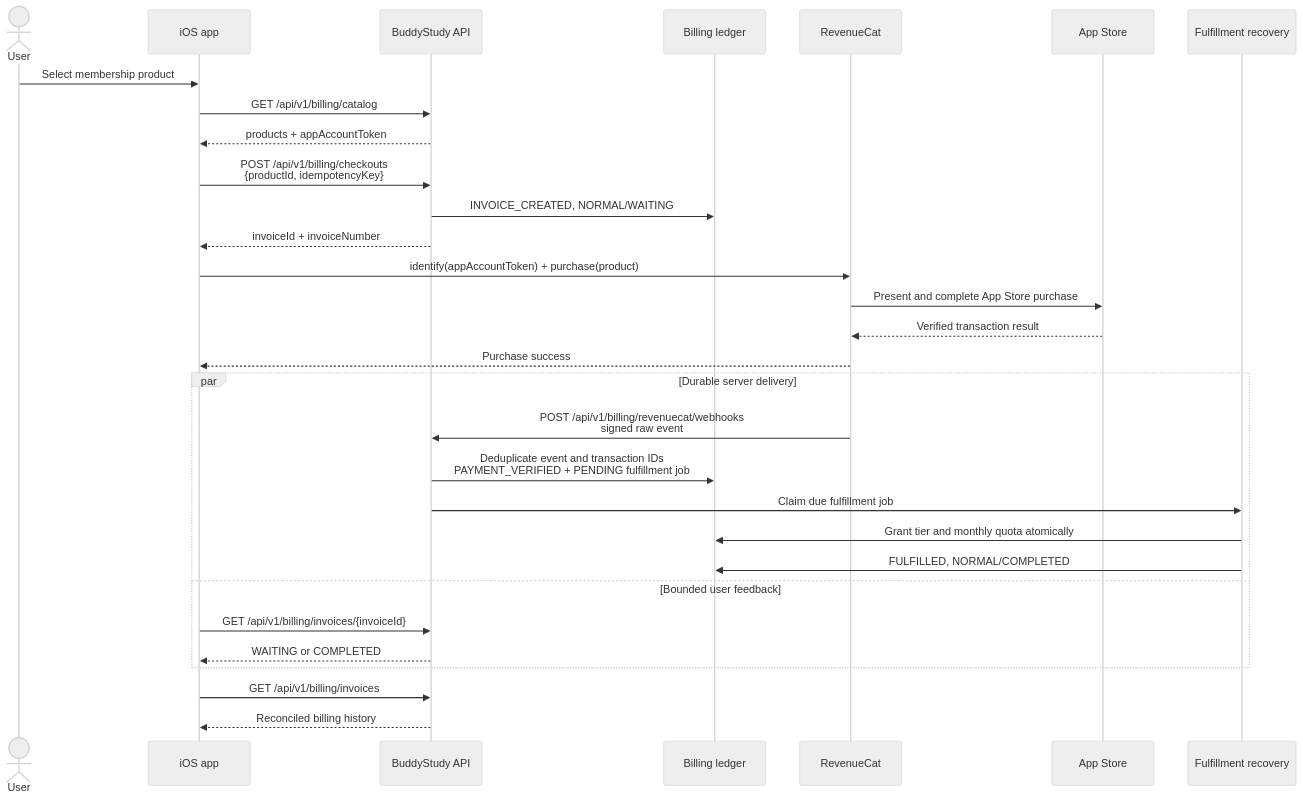
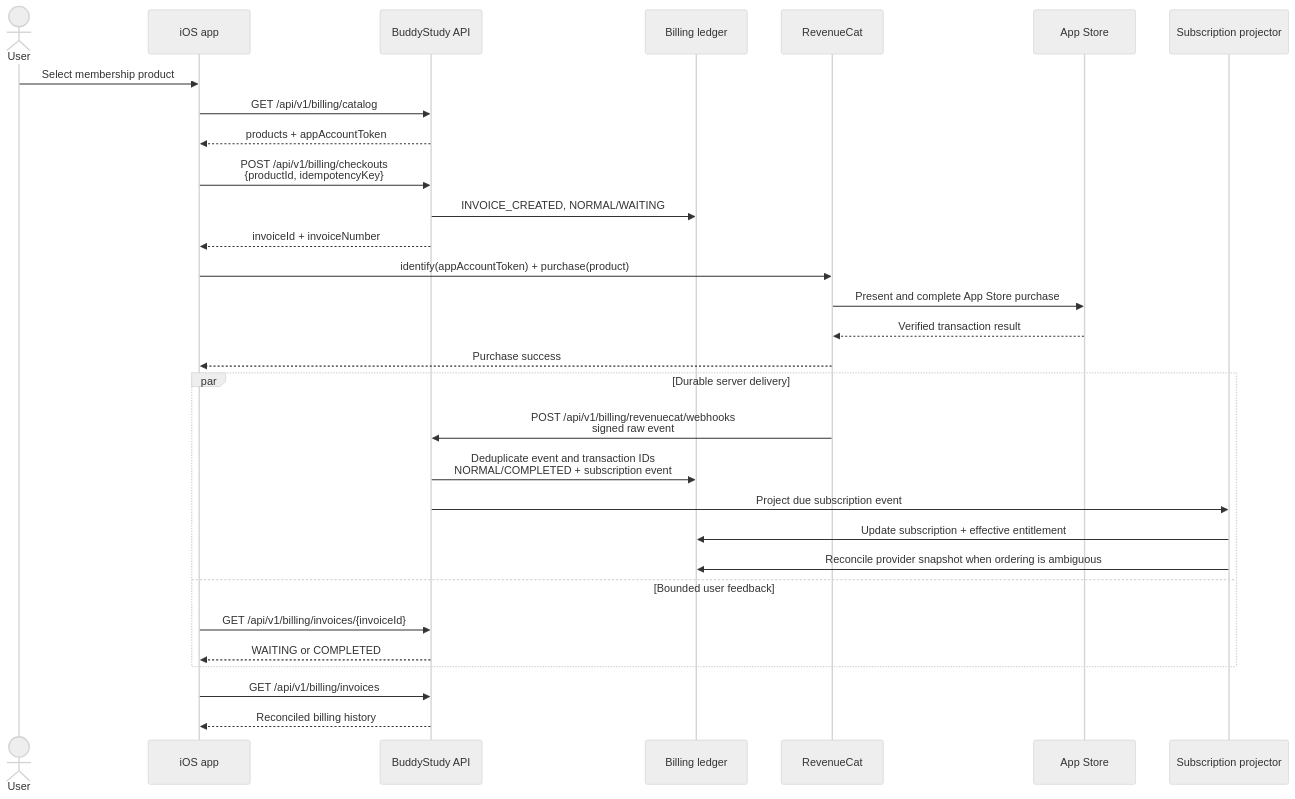
The diagram in docs/BILLING.md (ghkdqhrbals/buddy-studdy), drawn with Mermaid (neutral theme) before and after one commit. The commit also changed other lines of this file and 64 other files, not shown here.

Commit message:
feat: redesign subscription entitlement and quota lifecycle

````diff
--- a/docs/BILLING.md
+++ b/docs/BILLING.md
@@ -140,33 +148,33 @@
 ```mermaid
 sequenceDiagram
     actor User
     participant App as iOS app
     participant API as BuddyStudy API
     participant DB as Billing ledger
     participant RC as RevenueCat
     participant Apple as App Store
-    participant Worker as Fulfillment recovery
+    participant Worker as Subscription projector
 
     User->>App: Select membership product
     App->>API: GET /api/v1/billing/catalog
     API-->>App: products + appAccountToken
     App->>API: POST /api/v1/billing/checkouts<br/>{productId, idempotencyKey}
     API->>DB: INVOICE_CREATED, NORMAL/WAITING
     API-->>App: invoiceId + invoiceNumber
     App->>RC: identify(appAccountToken) + purchase(product)
     RC->>Apple: Present and complete App Store purchase
     Apple-->>RC: Verified transaction result
     RC-->>App: Purchase success
     par Durable server delivery
         RC->>API: POST /api/v1/billing/revenuecat/webhooks<br/>signed raw event
-        API->>DB: Deduplicate event and transaction IDs<br/>PAYMENT_VERIFIED + PENDING fulfillment job
-        API->>Worker: Claim due fulfillment job
-        Worker->>DB: Grant tier and monthly quota atomically
-        Worker->>DB: FULFILLED, NORMAL/COMPLETED
+        API->>DB: Deduplicate event and transaction IDs<br/>NORMAL/COMPLETED + subscription event
+        API->>Worker: Project due subscription event
+        Worker->>DB: Update subscription + effective entitlement
+        Worker->>DB: Reconcile provider snapshot when ordering is ambiguous
     and Bounded user feedback
         App->>API: GET /api/v1/billing/invoices/{invoiceId}
         API-->>App: WAITING or COMPLETED
     end
     App->>API: GET /api/v1/billing/invoices
     API-->>App: Reconciled billing history
 ```
````
